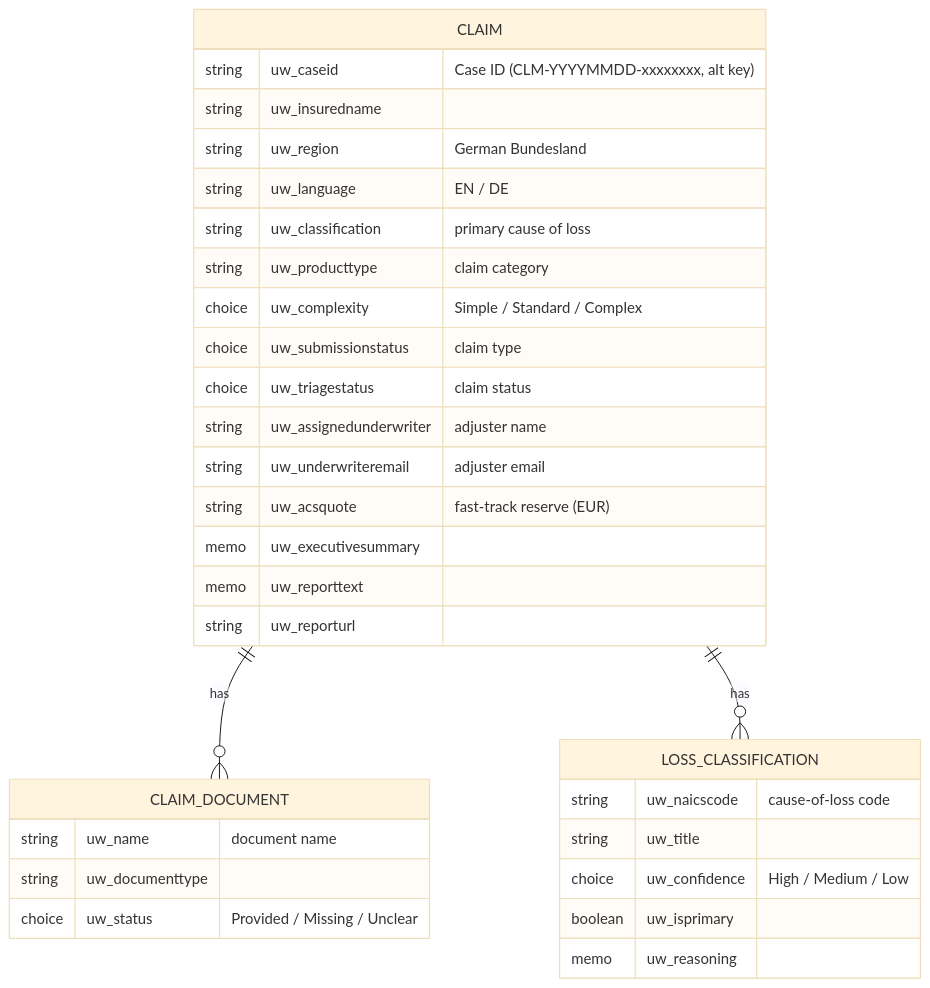
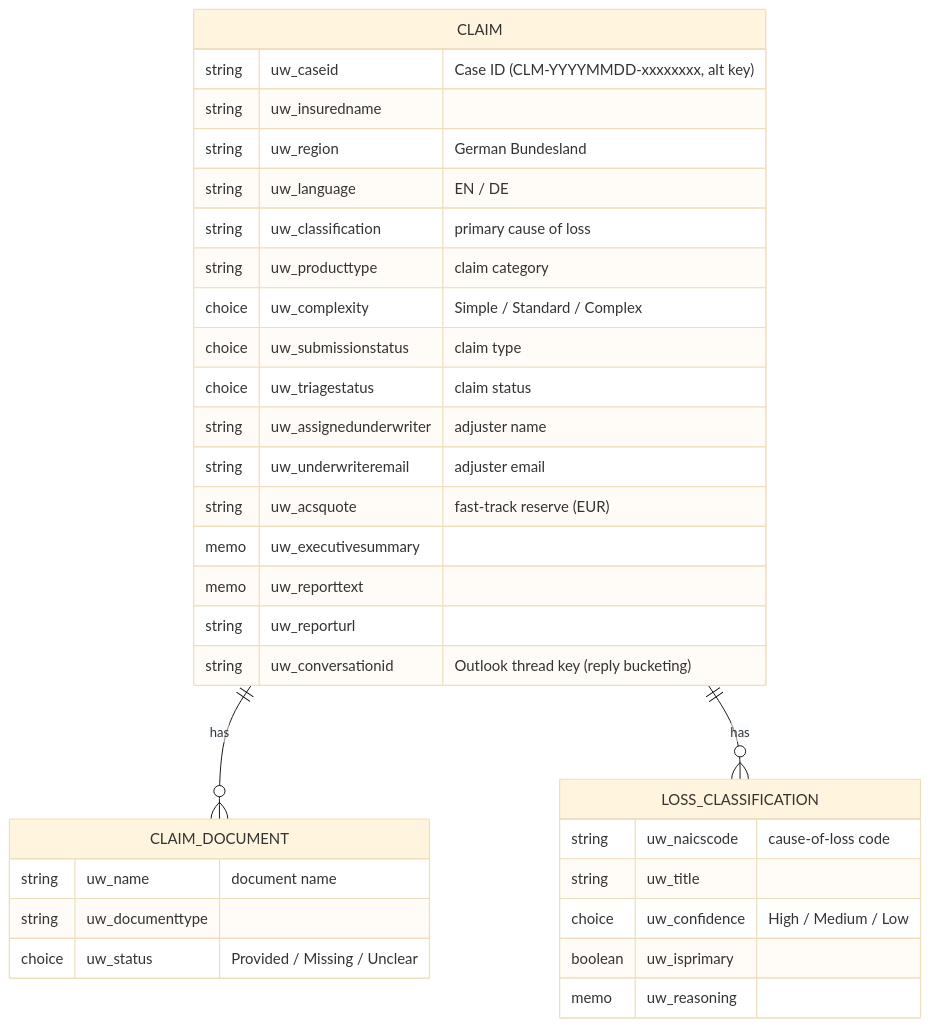
Before and after one commit to fizamusthafa/contoso-reinsurance-claims-solution: the first of 2 diagrams in docs/Architecture.md, drawn with Mermaid (base theme). The commit also changed other lines of this file and 2 other files, not shown here.

Commit message:
Design: reply bucketing (uw_conversationid) + two-prompt deterministic extraction

````diff
--- a/docs/Architecture.md
+++ b/docs/Architecture.md
@@ -25,35 +25,36 @@
 ```mermaid
 erDiagram
     CLAIM ||--o{ CLAIM_DOCUMENT : has
     CLAIM ||--o{ LOSS_CLASSIFICATION : has
 
     CLAIM {
         string  uw_caseid "Case ID (CLM-YYYYMMDD-xxxxxxxx, alt key)"
         string  uw_insuredname
         string  uw_region "German Bundesland"
         string  uw_language "EN / DE"
         string  uw_classification "primary cause of loss"
         string  uw_producttype "claim category"
         choice  uw_complexity "Simple / Standard / Complex"
         choice  uw_submissionstatus "claim type"
         choice  uw_triagestatus "claim status"
         string  uw_assignedunderwriter "adjuster name"
         string  uw_underwriteremail "adjuster email"
         string  uw_acsquote "fast-track reserve (EUR)"
         memo    uw_executivesummary
         memo    uw_reporttext
         string  uw_reporturl
+        string  uw_conversationid "Outlook thread key (reply bucketing)"
     }
     CLAIM_DOCUMENT {
         string uw_name "document name"
         string uw_documenttype
         choice uw_status "Provided / Missing / Unclear"
     }
     LOSS_CLASSIFICATION {
         string  uw_naicscode "cause-of-loss code"
         string  uw_title
         choice  uw_confidence "High / Medium / Low"
         boolean uw_isprimary
         memo    uw_reasoning
     }
 ```
````
